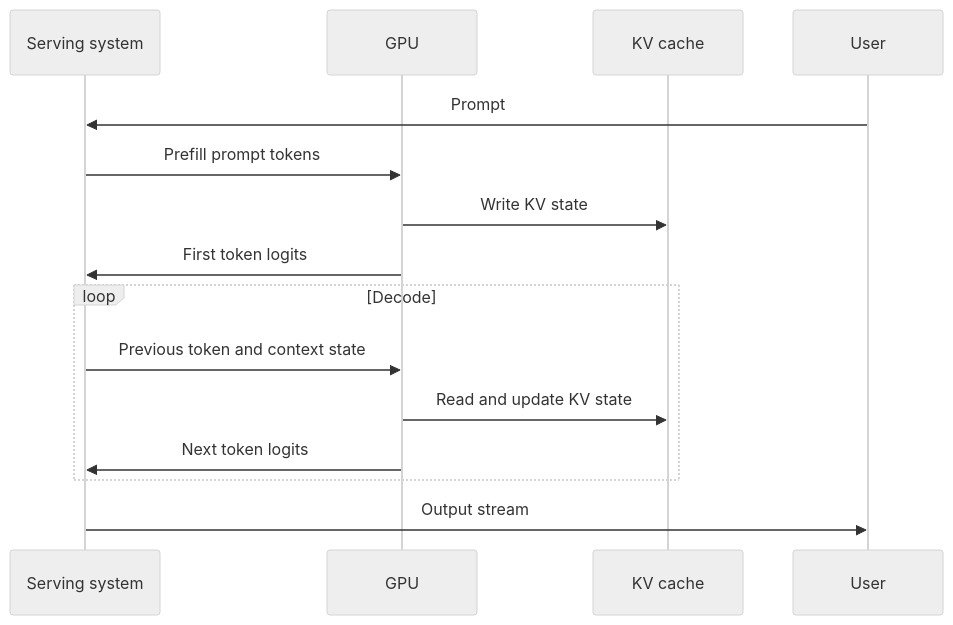
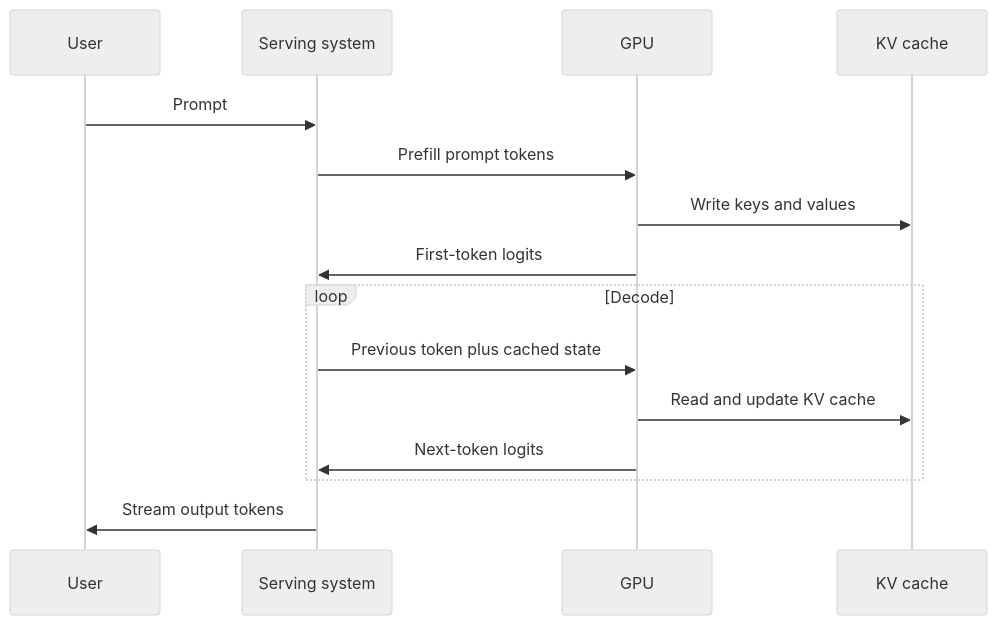
Before and after one commit to nawab-ali/mlsys-prep: the third of 6 diagrams in systems/00_llm_gpu_bridge.md, drawn with Mermaid (neutral theme). The commit also changed other lines of this file and 6 other files, not shown here.

````diff
--- a/systems/00_llm_gpu_bridge.md
+++ b/systems/00_llm_gpu_bridge.md
@@ -156,18 +130,20 @@
 ```mermaid
 sequenceDiagram
+    participant U as User
     participant S as Serving system
     participant G as GPU
     participant K as KV cache
-    participant U as User
 
     U->>S: Prompt
     S->>G: Prefill prompt tokens
-    G->>K: Write KV state
-    G->>S: First token logits
+    G->>K: Write keys and values
+    G->>S: First-token logits
+
     loop Decode
-        S->>G: Previous token and context state
-        G->>K: Read and update KV state
-        G->>S: Next token logits
+        S->>G: Previous token plus cached state
+        G->>K: Read and update KV cache
+        G->>S: Next-token logits
     end
-    S->>U: Output stream
+
+    S->>U: Stream output tokens
 ```
````
